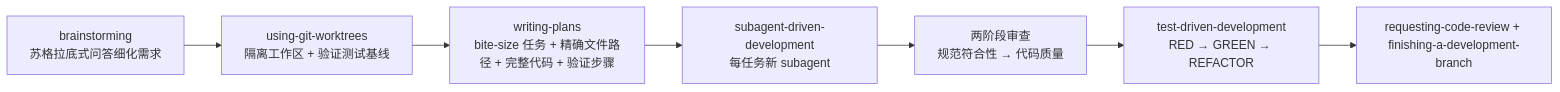
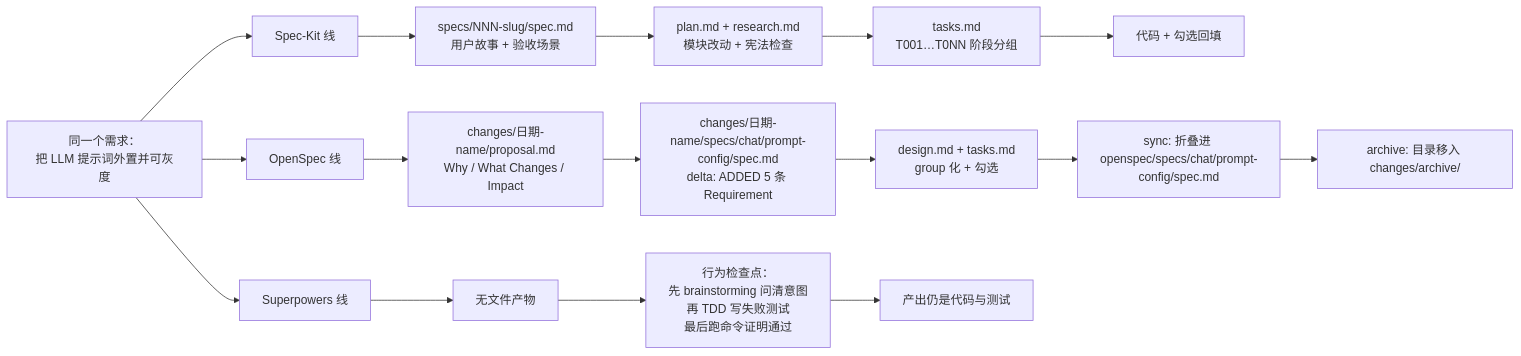
Before and after one commit to 16680-creator/ai-customer-service: the second of 3 diagrams in learning-docs/05-AI集成/04-规格驱动工具/03-SpecKit-OpenSpec-Superpowers-对比与实战指南.md, drawn with Mermaid. The commit also changed other lines of this file and 185 other files, not shown here.

````diff
--- a/learning-docs/05-AI集成/04-规格驱动工具/03-SpecKit-OpenSpec-Superpowers-对比与实战指南.md
+++ b/learning-docs/05-AI集成/04-规格驱动工具/03-SpecKit-OpenSpec-Superpowers-对比与实战指南.md
@@ -142,9 +269,19 @@
 ```mermaid
 flowchart LR
-  A["brainstorming<br/>苏格拉底式问答细化需求"] --> B["using-git-worktrees<br/>隔离工作区 + 验证测试基线"]
-  B --> C["writing-plans<br/>bite-size 任务 + 精确文件路径 + 完整代码 + 验证步骤"]
-  C --> D["subagent-driven-development<br/>每任务新 subagent"]
-  D --> E["两阶段审查<br/>规范符合性 → 代码质量"]
-  E --> F["test-driven-development<br/>RED → GREEN → REFACTOR"]
-  F --> G["requesting-code-review + finishing-a-development-branch"]
+    REQ["同一个需求：<br/>把 LLM 提示词外置并可灰度"]
+    REQ --> S1["Spec-Kit 线"]
+    REQ --> O1["OpenSpec 线"]
+    REQ --> P1["Superpowers 线"]
+    S1 --> S2["specs/NNN-slug/spec.md<br/>用户故事 + 验收场景"]
+    S2 --> S3["plan.md + research.md<br/>模块改动 + 宪法检查"]
+    S3 --> S4["tasks.md<br/>T001…T0NN 阶段分组"]
+    S4 --> S5["代码 + 勾选回填"]
+    O1 --> O2["changes/日期-name/proposal.md<br/>Why / What Changes / Impact"]
+    O2 --> O3["changes/日期-name/specs/chat/prompt-config/spec.md<br/>delta: ADDED 5 条 Requirement"]
+    O3 --> O4["design.md + tasks.md<br/>group 化 + 勾选"]
+    O4 --> O5["sync: 折叠进 openspec/specs/chat/prompt-config/spec.md"]
+    O5 --> O6["archive: 目录移入 changes/archive/"]
+    P1 --> P2["无文件产物"]
+    P2 --> P3["行为检查点：<br/>先 brainstorming 问清意图<br/>再 TDD 写失败测试<br/>最后跑命令证明通过"]
+    P3 --> P4["产出仍是代码与测试"]
 ```
````
